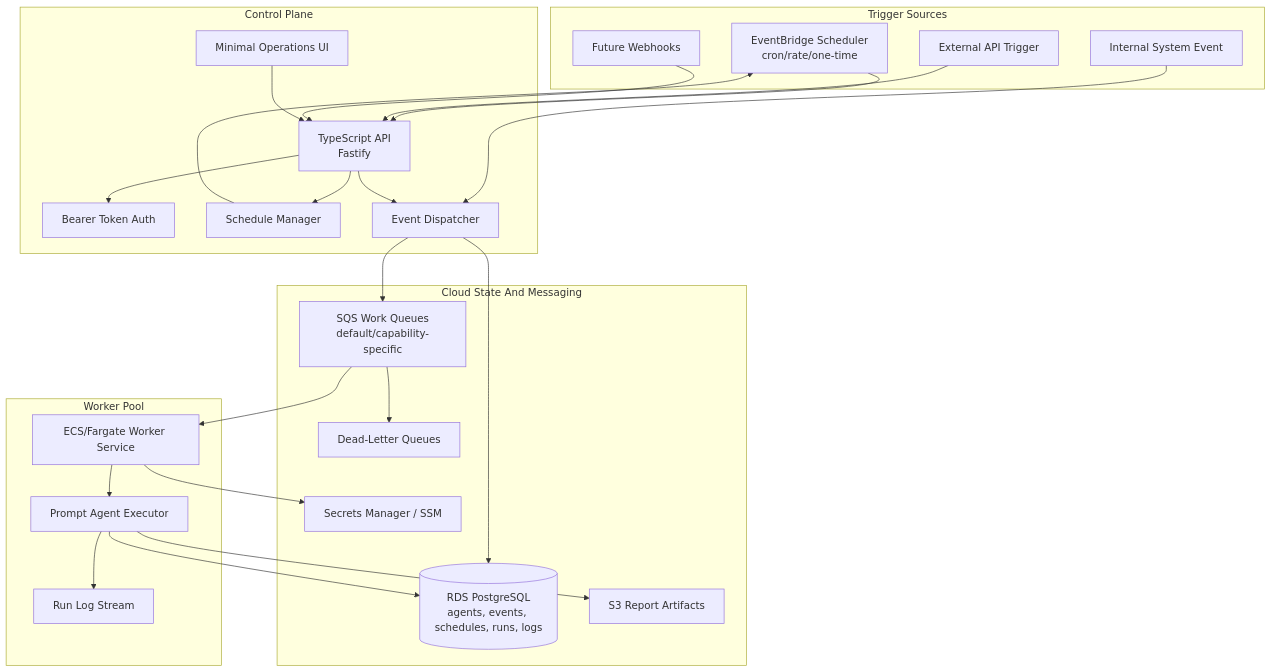
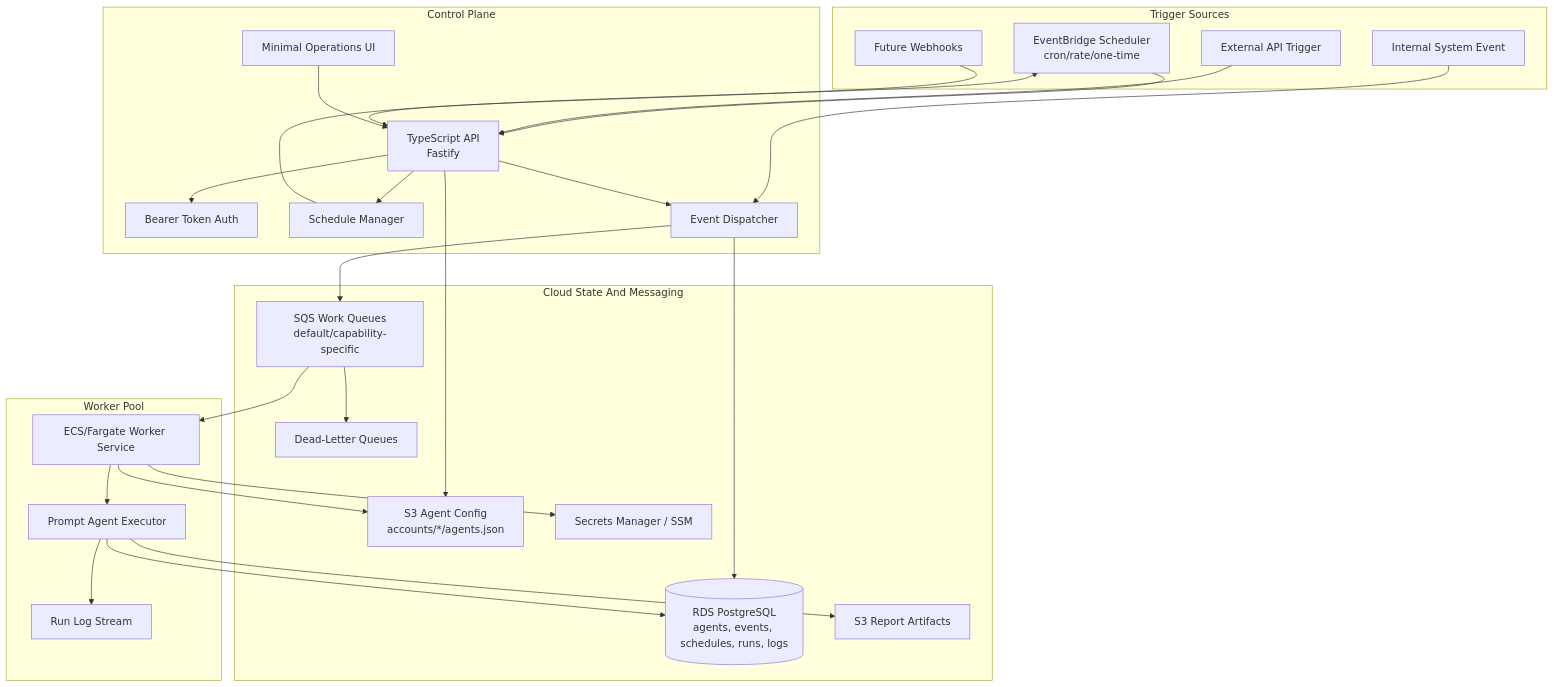
One commit to NTitterton/event-agent changed the first of 2 diagrams in project_design.md. Above: the diagram before and after it, drawn with Mermaid. The commit also changed other lines of this file and 14 other files, not shown here.

Commit message:
Move default agent config to S3

````diff
--- a/project_design.md
+++ b/project_design.md
@@ -7,50 +7,53 @@
 ```mermaid
 graph TD
     subgraph "Trigger Sources"
         Cron["EventBridge Scheduler<br/>cron/rate/one-time"]
         APIClient["External API Trigger"]
         Internal["Internal System Event"]
         Webhook["Future Webhooks"]
     end
 
     subgraph "Control Plane"
         API["TypeScript API<br/>Fastify"]
         Auth["Bearer Token Auth"]
         Scheduler["Schedule Manager"]
         Dispatcher["Event Dispatcher"]
         UI["Minimal Operations UI"]
     end
 
     subgraph "Cloud State And Messaging"
         DB[("RDS PostgreSQL<br/>agents, events, schedules, runs, logs")]
         SQS["SQS Work Queues<br/>default/capability-specific"]
         DLQ["Dead-Letter Queues"]
         S3["S3 Report Artifacts"]
+        ConfigS3["S3 Agent Config<br/>accounts/*/agents.json"]
         Secrets["Secrets Manager / SSM"]
     end
 
     subgraph "Worker Pool"
         Fargate["ECS/Fargate Worker Service"]
     Executor["Prompt Agent Executor"]
         Logs["Run Log Stream"]
     end
 
     Cron --> API
     APIClient --> API
     Internal --> Dispatcher
     Webhook --> API
     UI --> API
     API --> Auth
     API --> Scheduler
     API --> Dispatcher
     Scheduler --> Cron
     Dispatcher --> DB
     Dispatcher --> SQS
     SQS --> Fargate
     SQS --> DLQ
     Fargate --> Executor
+    Fargate --> ConfigS3
+    API --> ConfigS3
     Executor --> Logs
     Executor --> DB
     Executor --> S3
     Fargate --> Secrets
 ```
````
